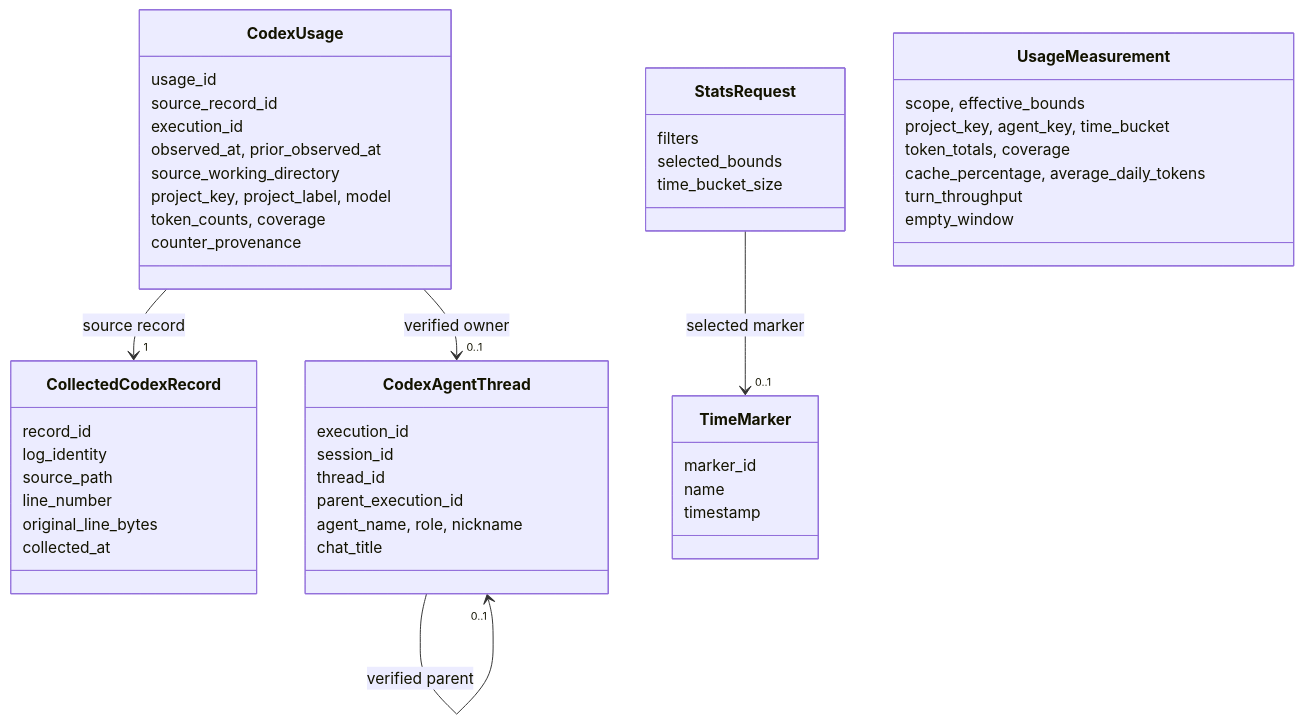
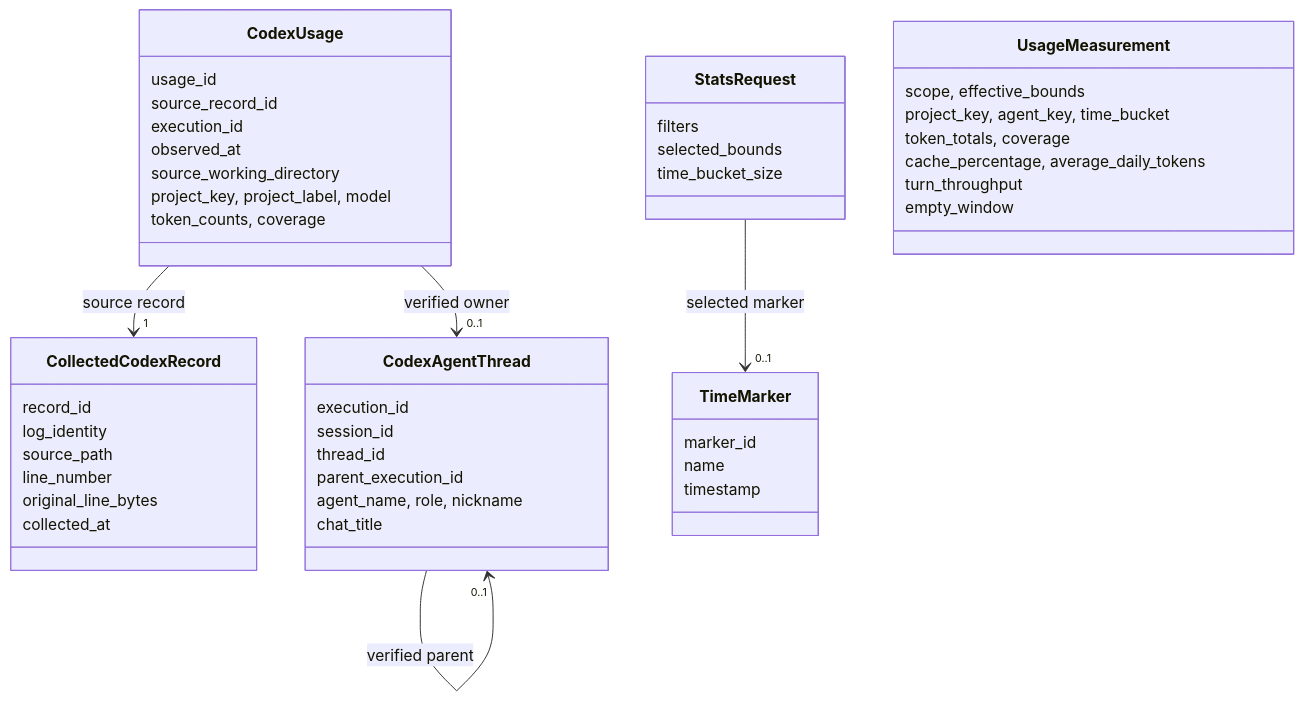
One commit to xtrmstep/codex-stats-analyzer changed the diagram in specification/02-architecture/02-design/010-usage-data-model.md. Above: the diagram before and after it, drawn with Mermaid. The commit also changed other lines of this file and 6 other files, not shown here.

````diff
--- a/specification/02-architecture/02-design/010-usage-data-model.md
+++ b/specification/02-architecture/02-design/010-usage-data-model.md
@@ -20,51 +20,50 @@
 ```mermaid
 classDiagram
     class CollectedCodexRecord {
         record_id
         log_identity
         source_path
         line_number
         original_line_bytes
         collected_at
     }
     class CodexAgentThread {
         execution_id
         session_id
         thread_id
         parent_execution_id
         agent_name, role, nickname
         chat_title
     }
     class CodexUsage {
         usage_id
         source_record_id
         execution_id
-        observed_at, prior_observed_at
+        observed_at
         source_working_directory
         project_key, project_label, model
         token_counts, coverage
-        counter_provenance
     }
     class TimeMarker {
         marker_id
         name
         timestamp
     }
     class StatsRequest {
         filters
         selected_bounds
         time_bucket_size
     }
     class UsageMeasurement {
         scope, effective_bounds
         project_key, agent_key, time_bucket
         token_totals, coverage
         cache_percentage, average_daily_tokens
         turn_throughput
         empty_window
     }
     CodexUsage --> "1" CollectedCodexRecord : source record
     CodexUsage --> "0..1" CodexAgentThread : verified owner
     CodexAgentThread --> "0..1" CodexAgentThread : verified parent
     StatsRequest --> "0..1" TimeMarker : selected marker
 ```
````
